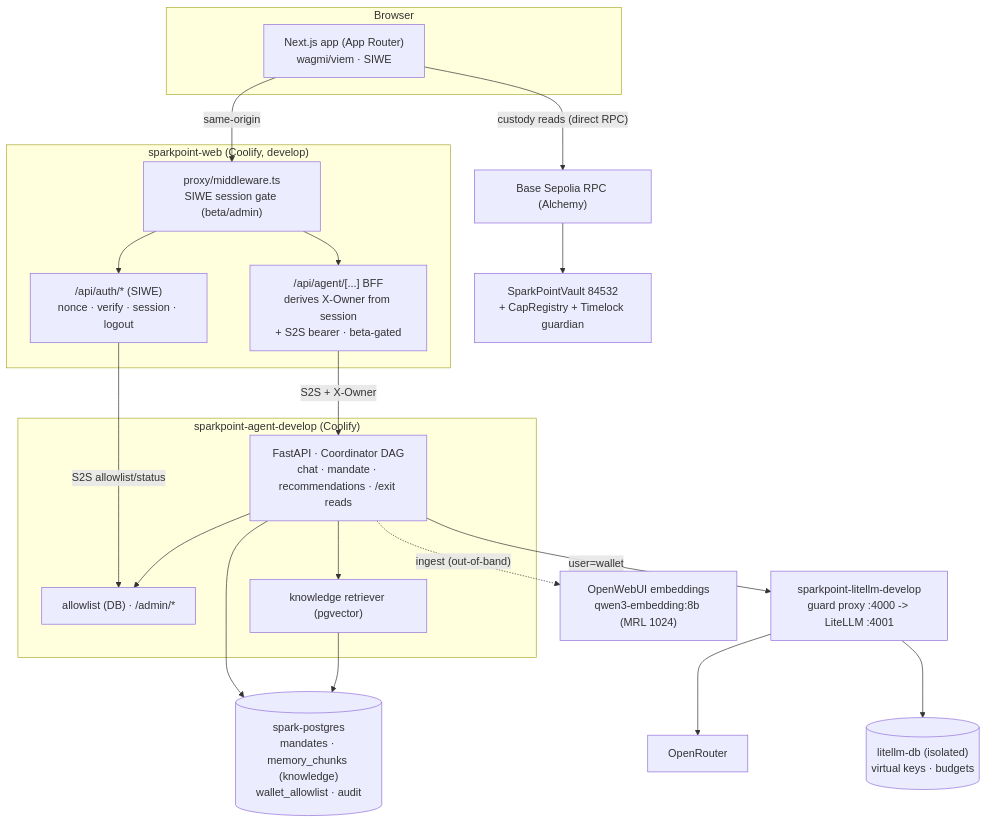
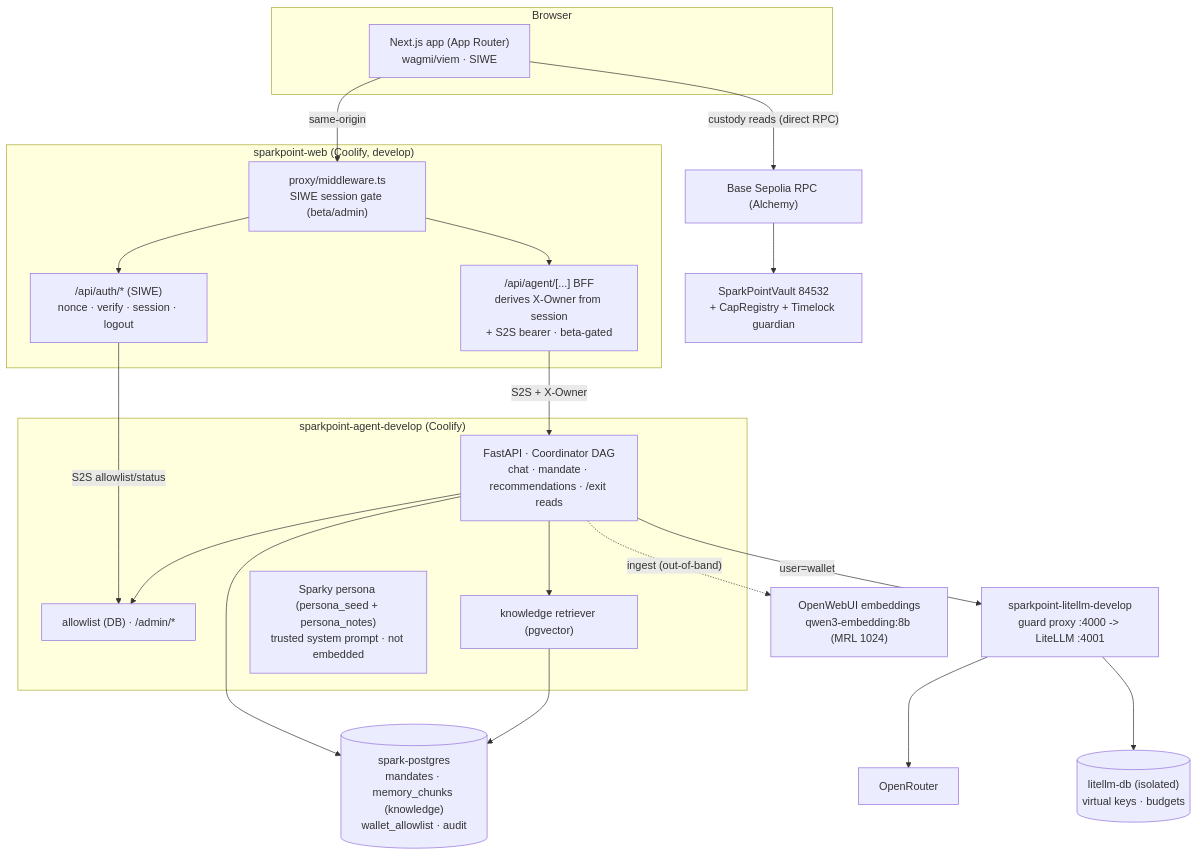
One commit to ObraHaus/sparkpoint-pivot changed the diagram in docs/architecture-as-built.md. Above: the diagram before and after it, drawn with Mermaid. The commit also changed other lines of this file and 23 other files, not shown here.

````diff
--- a/docs/architecture-as-built.md
+++ b/docs/architecture-as-built.md
@@ -10,34 +10,35 @@
 ```mermaid
 flowchart TB
   subgraph Browser
     UI["Next.js app (App Router)\nwagmi/viem · SIWE"]
   end
   subgraph Web["sparkpoint-web (Coolify, develop)"]
     MW["proxy/middleware.ts\nSIWE session gate (beta/admin)"]
     AUTH["/api/auth/* (SIWE)\nnonce · verify · session · logout"]
     BFF["/api/agent/[...] BFF\nderives X-Owner from session\n+ S2S bearer · beta-gated"]
   end
   subgraph Agent["sparkpoint-agent-develop (Coolify)"]
     API["FastAPI · Coordinator DAG\nchat · mandate · recommendations · /exit reads"]
     ALLOW["allowlist (DB) · /admin/*"]
     KN["knowledge retriever (pgvector)"]
+    PER["Sparky persona (persona_seed + persona_notes)\ntrusted system prompt · not embedded"]
   end
   GW["sparkpoint-litellm-develop\nguard proxy :4000 -> LiteLLM :4001"]
   OR["OpenRouter"]
   PG[("spark-postgres\nmandates · memory_chunks (knowledge)\nwallet_allowlist · audit")]
   LPG[("litellm-db (isolated)\nvirtual keys · budgets")]
   EMB["OpenWebUI embeddings\nqwen3-embedding:8b (MRL 1024)"]
   RPC["Base Sepolia RPC (Alchemy)"]
   VAULT["SparkPointVault 84532\n+ CapRegistry + Timelock guardian"]
 
   UI -->|same-origin| MW --> AUTH & BFF
   UI -->|"custody reads (direct RPC)"| RPC --> VAULT
   BFF -->|"S2S + X-Owner"| API
   AUTH -->|"S2S allowlist/status"| ALLOW
   API --> ALLOW & KN
   API -->|"user=wallet"| GW --> OR
   API --> PG
   KN --> PG
   GW --> LPG
   API -. "ingest (out-of-band)" .-> EMB
 ```
````
